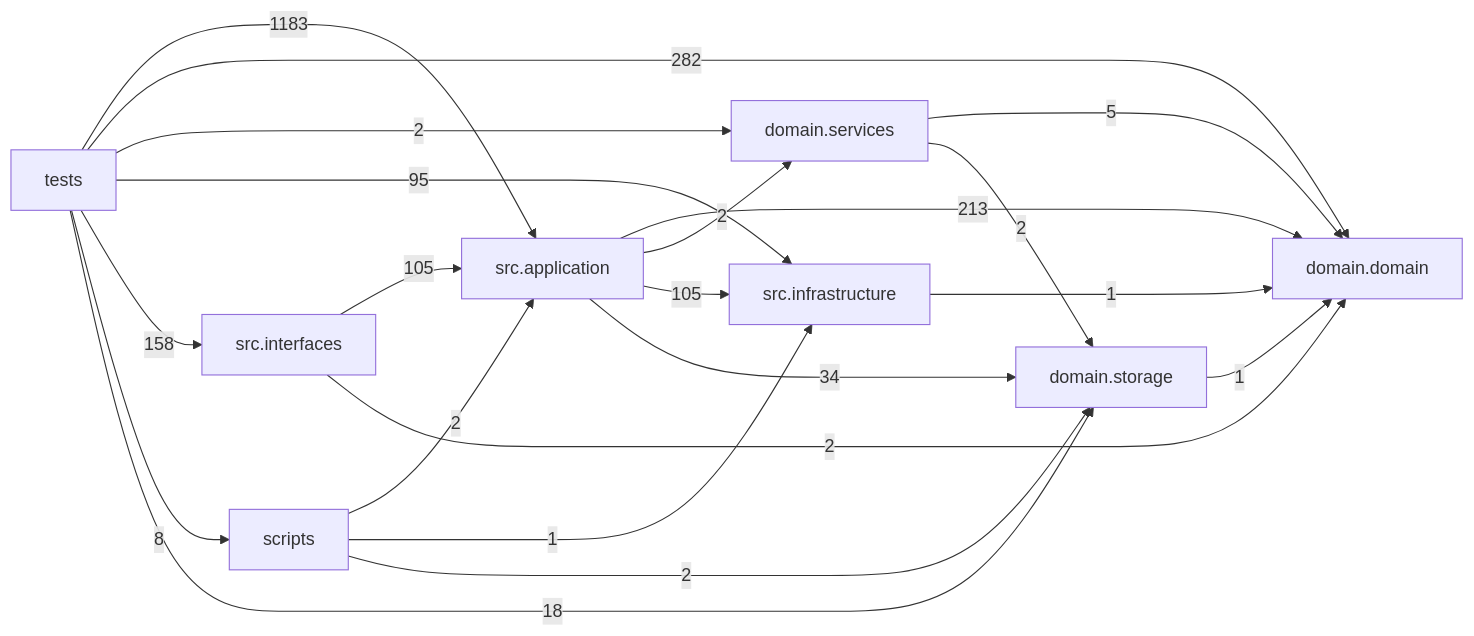
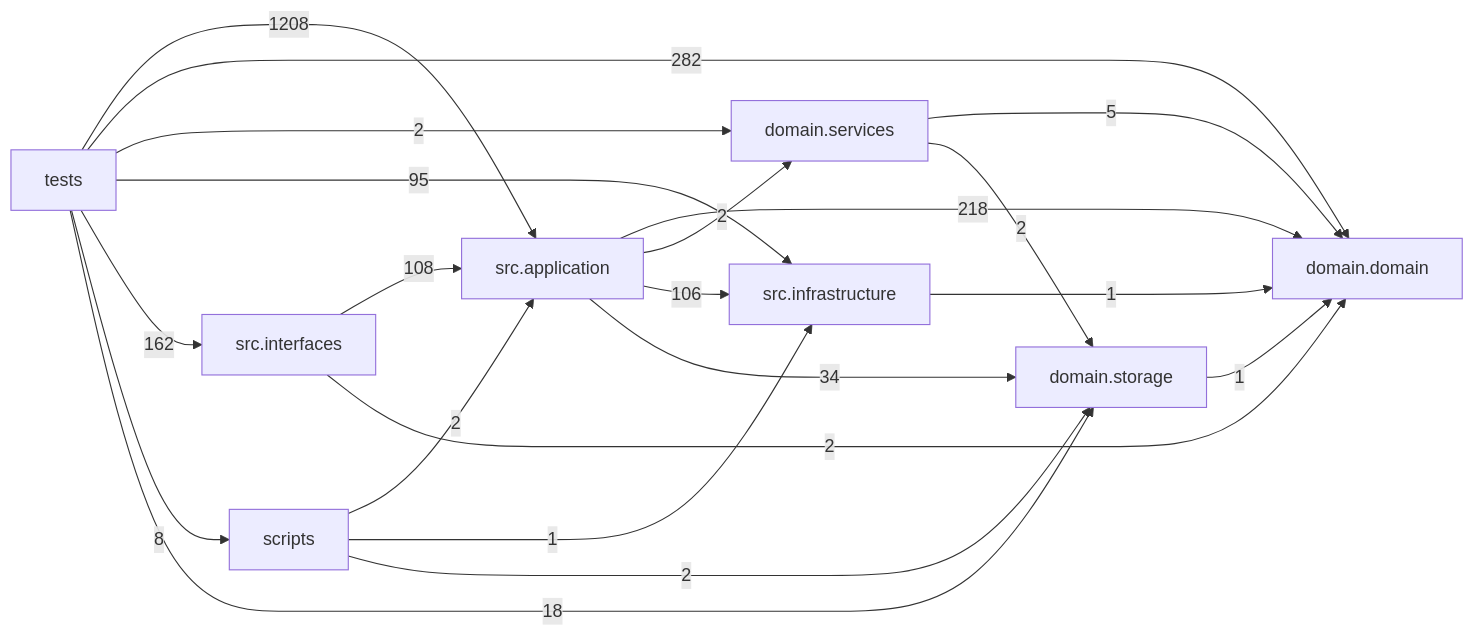
One commit to liuxie066/options-monitor changed the diagram in docs/DEPENDENCY_GRAPH.md. Above: the diagram before and after it, drawn with Mermaid. The commit also changed other lines of this file and 38 other files, not shown here.

````diff
--- a/docs/DEPENDENCY_GRAPH.md
+++ b/docs/DEPENDENCY_GRAPH.md
@@ -24,31 +24,31 @@
 ```mermaid
 flowchart LR
   tests["tests"]
   scripts["scripts"]
   interfaces["src.interfaces"]
   application["src.application"]
   infrastructure["src.infrastructure"]
   domain_services["domain.services"]
   domain["domain.domain"]
   storage["domain.storage"]
-  application -->|213| domain
+  application -->|218| domain
   application -->|2| domain_services
-  application -->|105| infrastructure
+  application -->|106| infrastructure
   application -->|34| storage
   domain_services -->|5| domain
   domain_services -->|2| storage
   infrastructure -->|1| domain
-  interfaces -->|105| application
+  interfaces -->|108| application
   interfaces -->|2| domain
   scripts -->|2| application
   scripts -->|1| infrastructure
   scripts -->|2| storage
   storage -->|1| domain
-  tests -->|1183| application
+  tests -->|1208| application
   tests -->|282| domain
   tests -->|2| domain_services
   tests -->|95| infrastructure
-  tests -->|158| interfaces
+  tests -->|162| interfaces
   tests -->|8| scripts
   tests -->|18| storage
 ```
````
